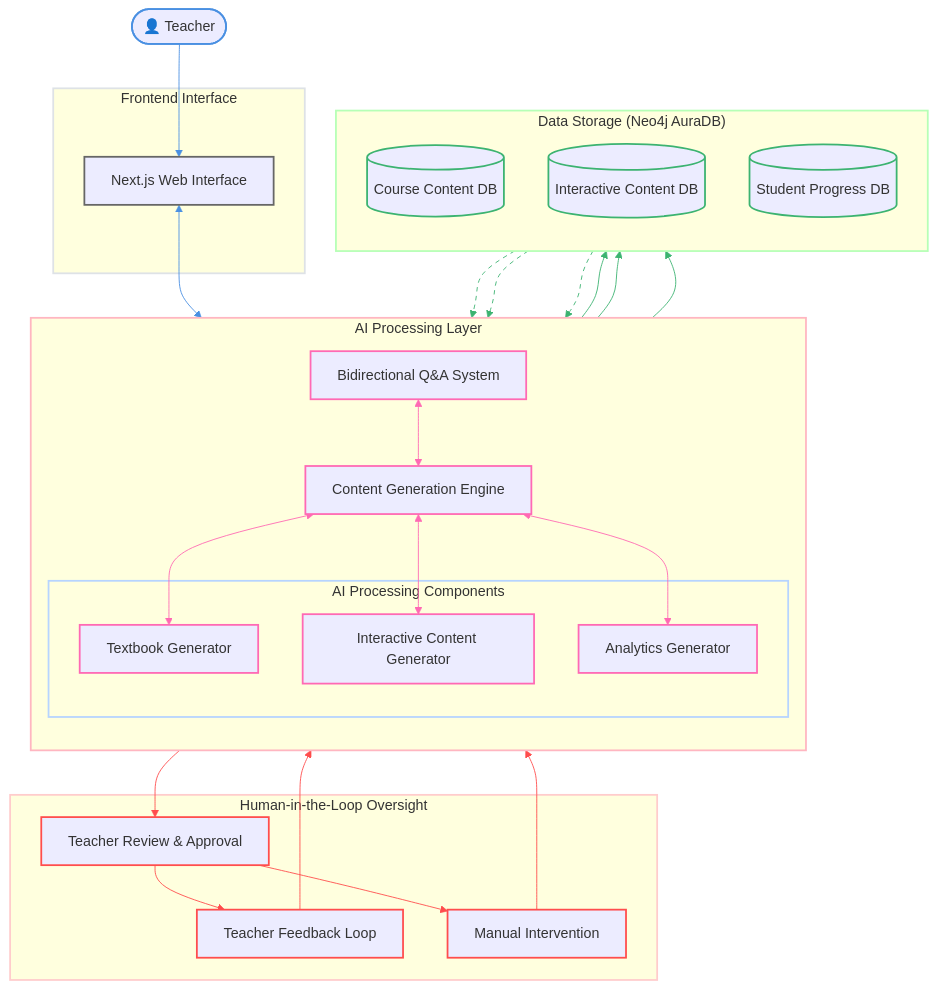
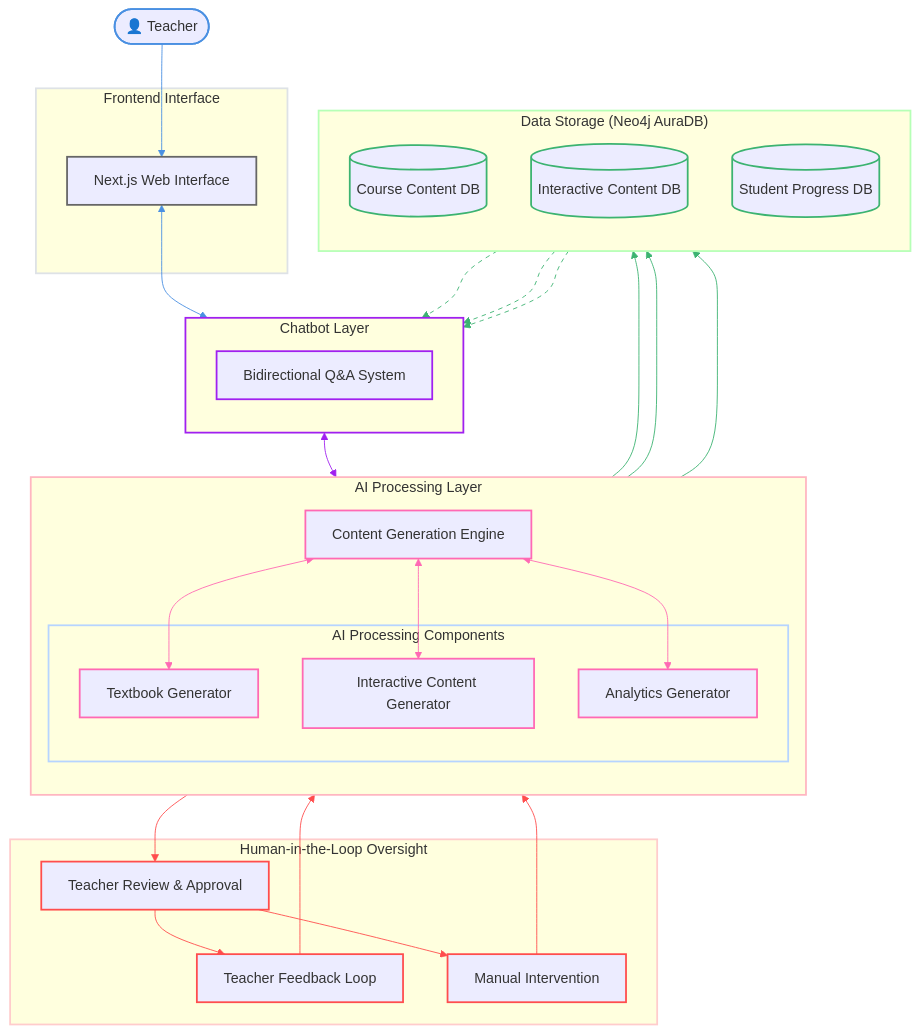
One commit to devv-shayan/Mutli-Agent-Teacher-Bot-Architecture changed the first of 2 diagrams in README.md. Above: the diagram before and after it, drawn with Mermaid. The commit also changed other lines of this file, not shown here.

```diff
--- a/README.md
+++ b/README.md
@@ -4,6 +4,7 @@
 flowchart TD
     classDef userNode fill:#e6f3f,stroke:#4a90e2,stroke-width:2px
     classDef interfaceNode fill:#f5f55,stroke:#666,stroke-width:2px
+    classDef chatbotNode fill:#fff0f,stroke:#A020F0,stroke-width:2px
     classDef aiNode fill:#fff0f,stroke:#ff69b4,stroke-width:2px
     classDef dbNode fill:#f0fff,stroke:#3cb371,stroke-width:2px
     classDef humanLoopNode fill:#ffe66,stroke:#ff4d4d,stroke-width:2px
@@ -17,10 +18,14 @@
         Interface[Next.js Web Interface]:::interfaceNode
     end
 
+    %% CHATBOT Layer
+    subgraph Chatbot_Layer["Chatbot Layer"]
+        direction TB
+        Chat[Bidirectional Q&A System]:::chatbotNode
+    end
     %% AI Processing Layer
     subgraph AI_Layer["AI Processing Layer"]
         direction TB
-        Chat[Bidirectional Q&A System]:::aiNode
         ContentEngine[Content Generation Engine]:::aiNode
 
         subgraph AI_Processing["AI Processing Components"]
@@ -69,6 +74,7 @@
 
     %% Styles
     style Frontend fill:#f8f9f,stroke:#dee2e6,stroke-width:2px
+    style Chatbot_Layer fill:#f8f9f,stroke:#A020F0,stroke-width:2px
     style AI_Layer fill:#fff0f,stroke:#ffb6c1,stroke-width:2px
     style Storage fill:#f0ff0,stroke:#b6ffb6,stroke-width:2px
     style Human_Loop fill:#ffe6e,stroke:#ffcccc,stroke-width:2px
@@ -76,7 +82,8 @@
 
     %% Link Styles
     linkStyle 0,1 stroke:#4a90e2,stroke-width:2px %% Teacher-Interface connections
-    linkStyle 2,3,4,5 stroke:#ff69b4,stroke-width:2px %% AI layer connections
+    linkStyle 2 stroke:#A020F0,stroke-width:2px %% Chatbot to ContentEngine connection
+    linkStyle 3,4,5 stroke:#ff69b4,stroke-width:2px %% AI Processing Layer connections
     linkStyle 6,7,8,9,10 stroke:#ff4d4d,stroke-width:2px %% Human loop connections
     linkStyle 11,12,13 stroke:#3cb371,stroke-width:2px %% Database connections
     linkStyle 14,15,16 stroke:#3cb371,stroke-dasharray:5,stroke-width:2px %% Dotted database connections
```
